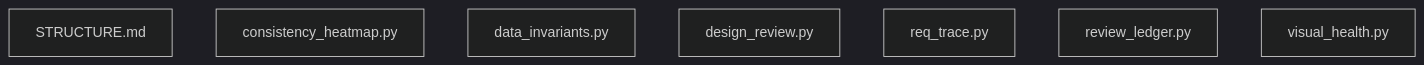
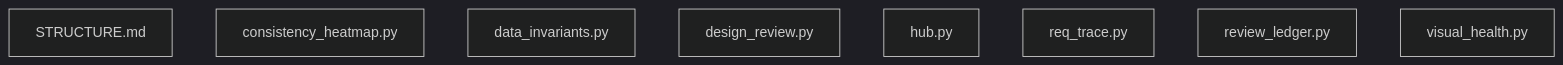
The diagram in lab/formal-system/concerns/visual-fallback/tools/STRUCTURE.md (andyluss/LiveRefu), drawn with Mermaid (dark theme) before and after one commit. The commit also changed other lines of this file and 11 other files, not shown here.

````diff
--- a/lab/formal-system/concerns/visual-fallback/tools/STRUCTURE.md
+++ b/lab/formal-system/concerns/visual-fallback/tools/STRUCTURE.md
@@ -34,10 +36,11 @@
 ```mermaid
 graph TD
     N0[STRUCTURE.md]
     N1[consistency_heatmap.py]
     N2[data_invariants.py]
     N3[design_review.py]
-    N4[req_trace.py]
-    N5[review_ledger.py]
-    N6[visual_health.py]
+    N4[hub.py]
+    N5[req_trace.py]
+    N6[review_ledger.py]
+    N7[visual_health.py]
 ```
````
